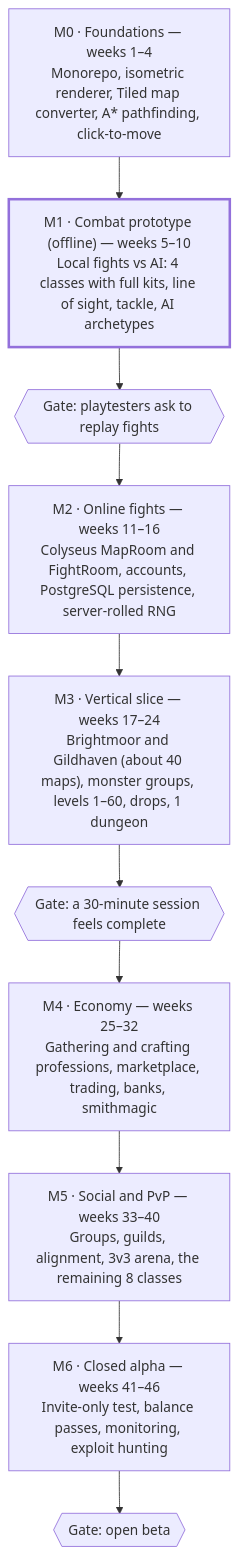
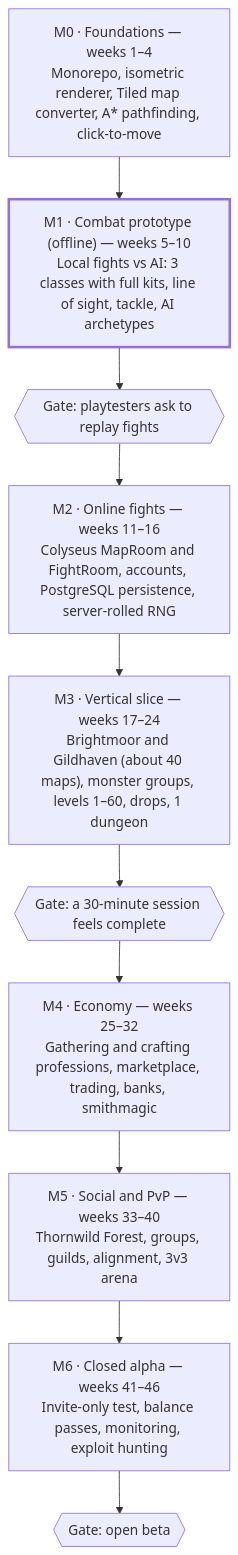
Before and after one commit to Alami64/Shardfall: the third of 3 diagrams in docs/design.md, drawn with Mermaid. The commit also changed other lines of this file and 12 other files, not shown here.

````diff
--- a/docs/design.md
+++ b/docs/design.md
@@ -535,15 +541,15 @@
 ```mermaid
 flowchart TB
     M0["M0 · Foundations — weeks 1–4<br/>Monorepo, isometric renderer, Tiled map converter, A* pathfinding, click-to-move"]
-    M1["M1 · Combat prototype (offline) — weeks 5–10<br/>Local fights vs AI: 4 classes with full kits, line of sight, tackle, AI archetypes"]
+    M1["M1 · Combat prototype (offline) — weeks 5–10<br/>Local fights vs AI: 3 classes with full kits, line of sight, tackle, AI archetypes"]
     G1{{"Gate: playtesters ask to replay fights"}}
     M2["M2 · Online fights — weeks 11–16<br/>Colyseus MapRoom and FightRoom, accounts, PostgreSQL persistence, server-rolled RNG"]
     M3["M3 · Vertical slice — weeks 17–24<br/>Brightmoor and Gildhaven (about 40 maps), monster groups, levels 1–60, drops, 1 dungeon"]
     G2{{"Gate: a 30-minute session feels complete"}}
     M4["M4 · Economy — weeks 25–32<br/>Gathering and crafting professions, marketplace, trading, banks, smithmagic"]
-    M5["M5 · Social and PvP — weeks 33–40<br/>Groups, guilds, alignment, 3v3 arena, the remaining 8 classes"]
+    M5["M5 · Social and PvP — weeks 33–40<br/>Thornwild Forest, groups, guilds, alignment, 3v3 arena"]
     M6["M6 · Closed alpha — weeks 41–46<br/>Invite-only test, balance passes, monitoring, exploit hunting"]
     G3{{"Gate: open beta"}}
     M0 --> M1 --> G1 --> M2 --> M3 --> G2 --> M4 --> M5 --> M6 --> G3
     style M1 stroke-width:3px
 ```
````
